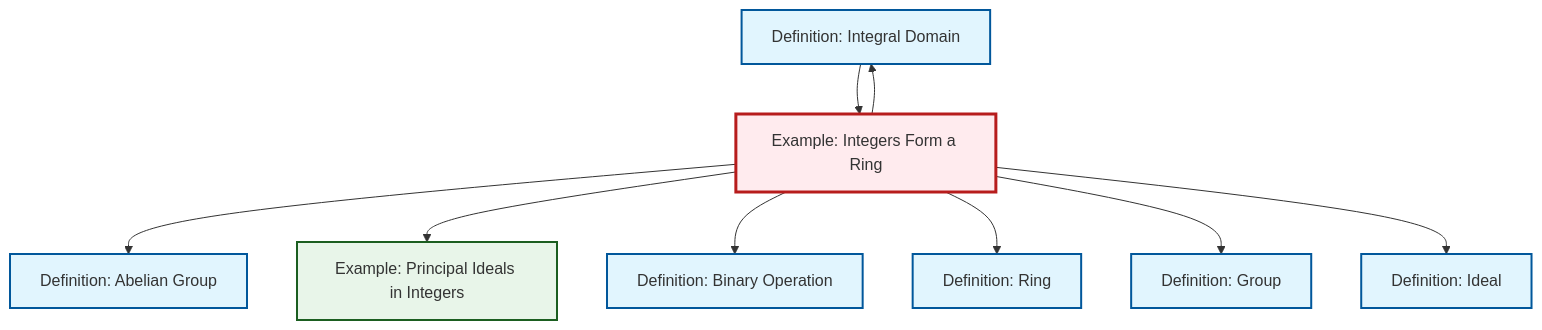
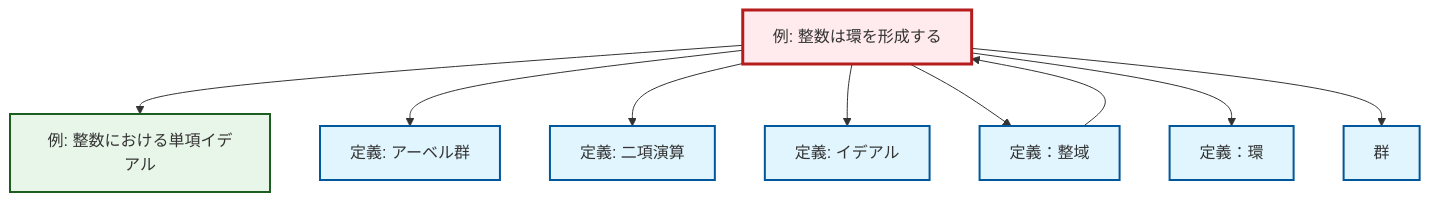
Before and after one commit to RK0429/ModernMath: the diagram in content/ja/algebra/ex-integers-ring.qmd, drawn with Mermaid. The commit also changed 1069 other files, not shown here.

````diff
--- a/content/ja/algebra/ex-integers-ring.qmd
+++ b/content/ja/algebra/ex-integers-ring.qmd
@@ -65,33 +65,33 @@
 ```{mermaid}
 %%| fig-cap: "Local dependency graph"
 graph TD
     classDef definition fill:#e1f5fe,stroke:#01579b,stroke-width:2px
     classDef theorem fill:#f3e5f5,stroke:#4a148c,stroke-width:2px
     classDef axiom fill:#fff3e0,stroke:#e65100,stroke-width:2px
     classDef example fill:#e8f5e9,stroke:#1b5e20,stroke-width:2px
     classDef current fill:#ffebee,stroke:#b71c1c,stroke-width:3px
-    def-group["Definition: Group"]:::definition
-    def-ring["Definition: Ring"]:::definition
-    def-ideal["Definition: Ideal"]:::definition
-    def-binary-operation["Definition: Binary Operation"]:::definition
-    def-integral-domain["Definition: Integral Domain"]:::definition
-    def-abelian-group["Definition: Abelian Group"]:::definition
-    ex-principal-ideal["Example: Principal Ideals in Integers"]:::example
-    ex-integers-ring["Example: Integers Form a Ring"]:::example
+    ex-integers-ring["例: 整数は環を形成する"]:::example
+    def-ideal["定義: イデアル"]:::definition
+    def-binary-operation["定義: 二項演算"]:::definition
+    def-integral-domain["定義：整域"]:::definition
+    def-ring["定義：環"]:::definition
+    ex-principal-ideal["例: 整数における単項イデアル"]:::example
+    def-abelian-group["定義: アーベル群"]:::definition
+    def-group["群"]:::definition
+    ex-integers-ring --> ex-principal-ideal
     ex-integers-ring --> def-abelian-group
+    ex-integers-ring --> def-binary-operation
+    ex-integers-ring --> def-ideal
+    ex-integers-ring --> def-integral-domain
     def-integral-domain --> ex-integers-ring
-    ex-integers-ring --> def-integral-domain
-    ex-integers-ring --> ex-principal-ideal
-    ex-integers-ring --> def-binary-operation
     ex-integers-ring --> def-ring
     ex-integers-ring --> def-group
-    ex-integers-ring --> def-ideal
     class ex-integers-ring current
-    click def-group "def-group.html" "Definition: Groupへ"
-    click def-ring "def-ring.html" "Definition: Ringへ"
-    click def-ideal "def-ideal.html" "Definition: Idealへ"
-    click def-binary-operation "def-binary-operation.html" "Definition: Binary Operationへ"
-    click def-integral-domain "def-integral-domain.html" "Definition: Integral Domainへ"
-    click def-abelian-group "def-abelian-group.html" "Definition: Abelian Groupへ"
-    click ex-principal-ideal "ex-principal-ideal.html" "Example: Principal Ideals in Integersへ"
+    click def-ideal "def-ideal.html" "イデアルの定義へ"
+    click def-binary-operation "def-binary-operation.html" "二項演算の定義へ"
+    click def-integral-domain "def-integral-domain.html" "定義：整域へ"
+    click def-ring "def-ring.html" "定義：環へ"
+    click ex-principal-ideal "ex-principal-ideal.html" "整数における単項イデアルの例へ"
+    click def-abelian-group "def-abelian-group.html" "アーベル群の定義へ"
+    click def-group "def-group.html" "群へ"
 ```
````
